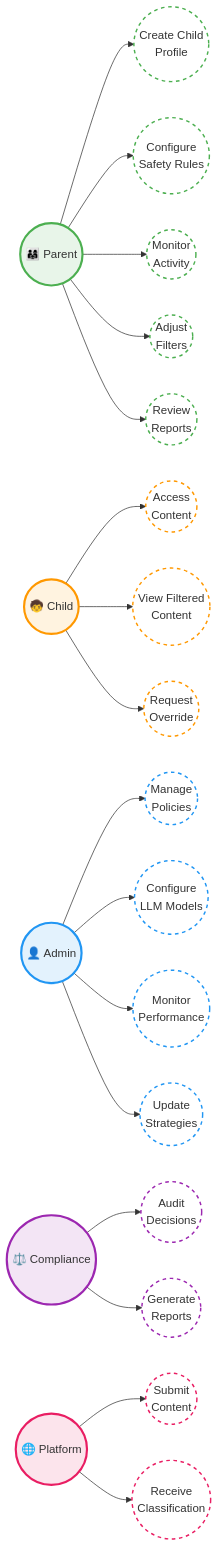
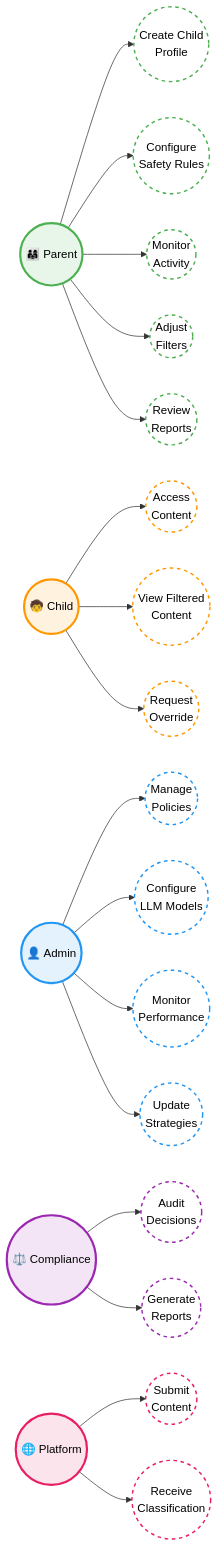
One commit to gitmujoshi/ai-curation-engine-cursor-generated changed the first of 14 diagrams in docs/architecture/UML_ARCHITECTURE_4PLUS1.md. Above: the diagram before and after it, drawn with Mermaid. The commit also changed other lines of this file, not shown here.

First line of the commit message:
Add comprehensive descriptions and fix text contrast for all UML diagrams

````diff
--- a/docs/architecture/UML_ARCHITECTURE_4PLUS1.md
+++ b/docs/architecture/UML_ARCHITECTURE_4PLUS1.md
@@ -84,30 +88,30 @@
     PLAT --> UC16
     
     %% Styling
-    style PARENT fill:#e8f5e9,stroke:#4caf50,stroke-width:3px
-    style CHILD fill:#fff3e0,stroke:#ff9800,stroke-width:3px
-    style ADMIN fill:#e3f2fd,stroke:#2196f3,stroke-width:3px
-    style COMP fill:#f3e5f5,stroke:#9c27b0,stroke-width:3px
-    style PLAT fill:#fce4ec,stroke:#e91e63,stroke-width:3px
+    style PARENT fill:#e8f5e9,stroke:#4caf50,stroke-width:3px,color:#000
+    style CHILD fill:#fff3e0,stroke:#ff9800,stroke-width:3px,color:#000
+    style ADMIN fill:#e3f2fd,stroke:#2196f3,stroke-width:3px,color:#000
+    style COMP fill:#f3e5f5,stroke:#9c27b0,stroke-width:3px,color:#000
+    style PLAT fill:#fce4ec,stroke:#e91e63,stroke-width:3px,color:#000
     
-    style UC1 fill:#fff,stroke:#4caf50,stroke-width:2px,stroke-dasharray: 5 5
-    style UC2 fill:#fff,stroke:#4caf50,stroke-width:2px,stroke-dasharray: 5 5
-    style UC3 fill:#fff,stroke:#4caf50,stroke-width:2px,stroke-dasharray: 5 5
-    style UC4 fill:#fff,stroke:#4caf50,stroke-width:2px,stroke-dasharray: 5 5
-    style UC5 fill:#fff,stroke:#4caf50,stroke-width:2px,stroke-dasharray: 5 5
+    style UC1 fill:#fff,stroke:#4caf50,stroke-width:2px,stroke-dasharray: 5 5,color:#000
+    style UC2 fill:#fff,stroke:#4caf50,stroke-width:2px,stroke-dasharray: 5 5,color:#000
+    style UC3 fill:#fff,stroke:#4caf50,stroke-width:2px,stroke-dasharray: 5 5,color:#000
+    style UC4 fill:#fff,stroke:#4caf50,stroke-width:2px,stroke-dasharray: 5 5,color:#000
+    style UC5 fill:#fff,stroke:#4caf50,stroke-width:2px,stroke-dasharray: 5 5,color:#000
     
-    style UC6 fill:#fff,stroke:#ff9800,stroke-width:2px,stroke-dasharray: 5 5
-    style UC7 fill:#fff,stroke:#ff9800,stroke-width:2px,stroke-dasharray: 5 5
-    style UC8 fill:#fff,stroke:#ff9800,stroke-width:2px,stroke-dasharray: 5 5
+    style UC6 fill:#fff,stroke:#ff9800,stroke-width:2px,stroke-dasharray: 5 5,color:#000
+    style UC7 fill:#fff,stroke:#ff9800,stroke-width:2px,stroke-dasharray: 5 5,color:#000
+    style UC8 fill:#fff,stroke:#ff9800,stroke-width:2px,stroke-dasharray: 5 5,color:#000
     
-    style UC9 fill:#fff,stroke:#2196f3,stroke-width:2px,stroke-dasharray: 5 5
-    style UC10 fill:#fff,stroke:#2196f3,stroke-width:2px,stroke-dasharray: 5 5
-    style UC11 fill:#fff,stroke:#2196f3,stroke-width:2px,stroke-dasharray: 5 5
-    style UC12 fill:#fff,stroke:#2196f3,stroke-width:2px,stroke-dasharray: 5 5
+    style UC9 fill:#fff,stroke:#2196f3,stroke-width:2px,stroke-dasharray: 5 5,color:#000
+    style UC10 fill:#fff,stroke:#2196f3,stroke-width:2px,stroke-dasharray: 5 5,color:#000
+    style UC11 fill:#fff,stroke:#2196f3,stroke-width:2px,stroke-dasharray: 5 5,color:#000
+    style UC12 fill:#fff,stroke:#2196f3,stroke-width:2px,stroke-dasharray: 5 5,color:#000
     
-    style UC13 fill:#fff,stroke:#9c27b0,stroke-width:2px,stroke-dasharray: 5 5
-    style UC14 fill:#fff,stroke:#9c27b0,stroke-width:2px,stroke-dasharray: 5 5
+    style UC13 fill:#fff,stroke:#9c27b0,stroke-width:2px,stroke-dasharray: 5 5,color:#000
+    style UC14 fill:#fff,stroke:#9c27b0,stroke-width:2px,stroke-dasharray: 5 5,color:#000
     
-    style UC15 fill:#fff,stroke:#e91e63,stroke-width:2px,stroke-dasharray: 5 5
-    style UC16 fill:#fff,stroke:#e91e63,stroke-width:2px,stroke-dasharray: 5 5
+    style UC15 fill:#fff,stroke:#e91e63,stroke-width:2px,stroke-dasharray: 5 5,color:#000
+    style UC16 fill:#fff,stroke:#e91e63,stroke-width:2px,stroke-dasharray: 5 5,color:#000
 ```
````
